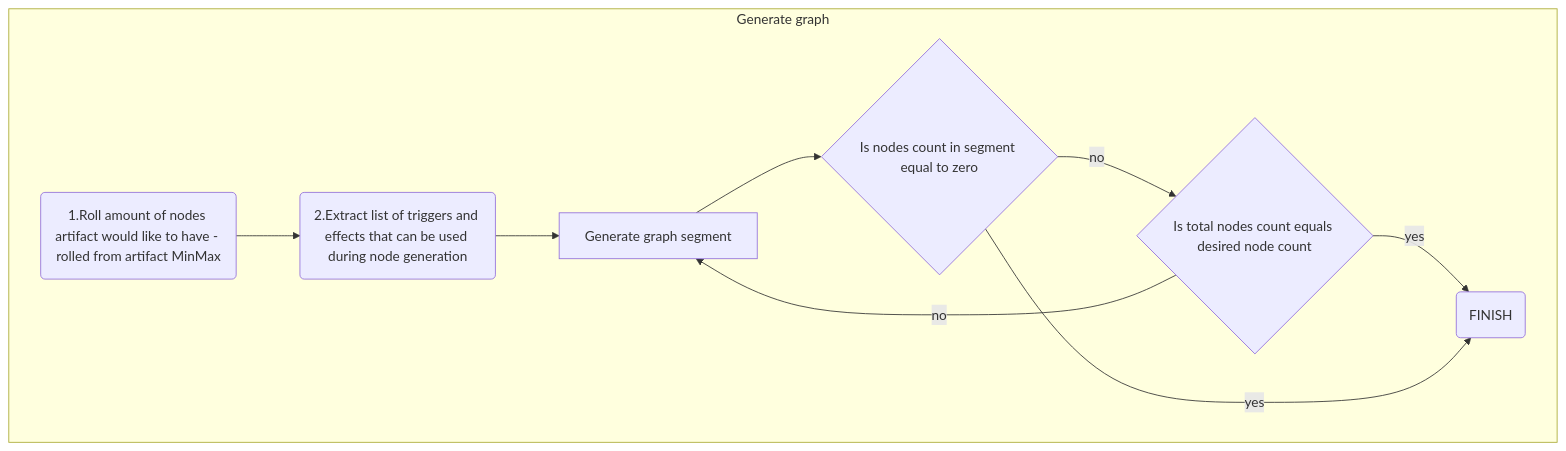
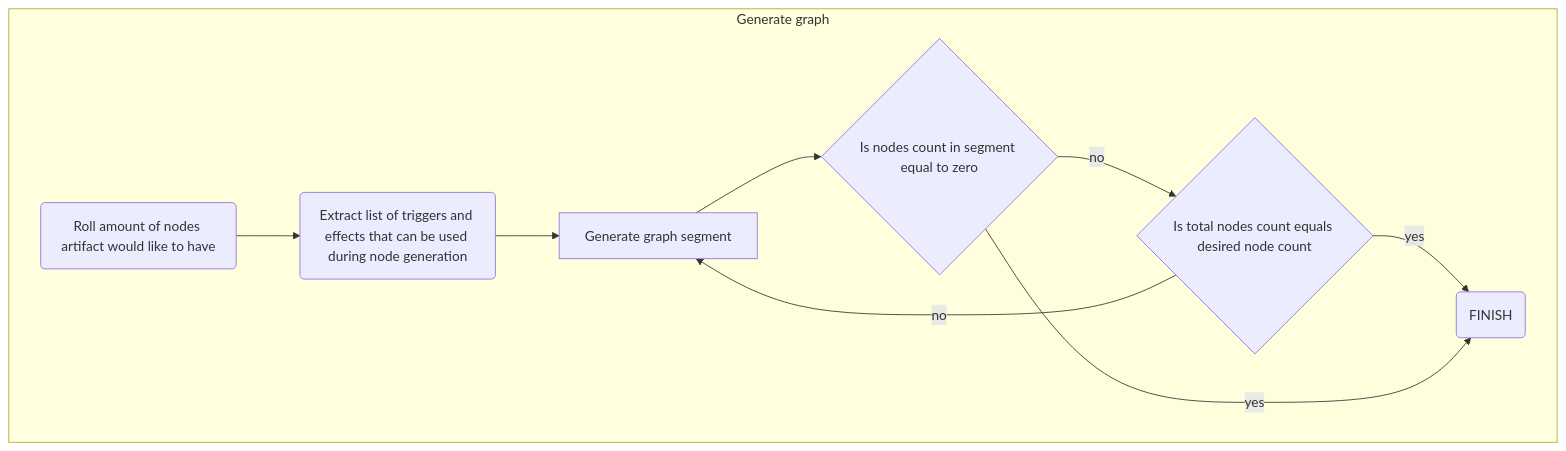
The first of 5 diagrams in src/en/space-station-14/departments/science/proposals/xenoarch-redux.md (space-wizards/docs), drawn with Mermaid before and after one commit. The commit also changed other lines of this file, not shown here.

````diff
--- a/src/en/space-station-14/departments/science/proposals/xenoarch-redux.md
+++ b/src/en/space-station-14/departments/science/proposals/xenoarch-redux.md
@@ -124,15 +128,15 @@
 ``` mermaid
 flowchart TD
     subgraph Generate graph
         direction LR
-        A(1.Roll amount of nodes artifact would like to have - rolled from artifact MinMax)
-        --> B(2.Extract list of triggers and effects that can be used during node generation) 
+        A(Roll amount of nodes artifact would like to have)
+        --> B(Extract list of triggers and effects that can be used during node generation) 
         --> C[Generate graph segment]
         --> D{Is nodes count in segment equal to zero}
         -- no --> E{Is total nodes count equals desired node count}
         E -- no --> C
         E -- yes --> F
         D -- yes --> F(FINISH)
     end
     
 ```
````
